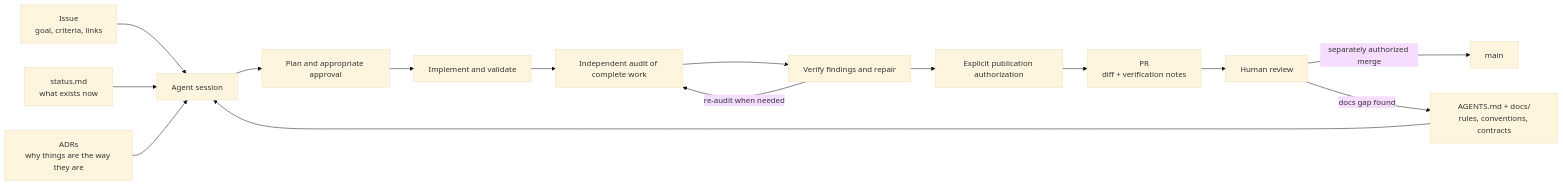
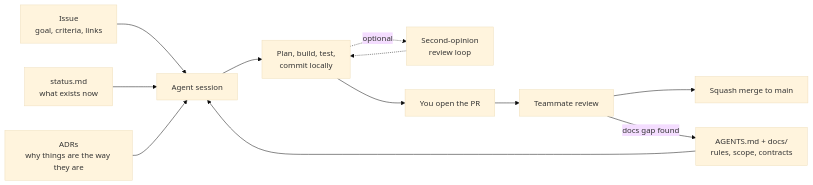
The diagram in docs/agents/README.md (adillpickles/AutoClipper), drawn with Mermaid (base theme) before and after one commit. The commit also changed other lines of this file and 15 other files, not shown here.

Commit message:
docs(workflow): simplify contributing and make review loop optional

````diff
--- a/docs/agents/README.md
+++ b/docs/agents/README.md
@@ -17,17 +18,14 @@
 ```mermaid
 flowchart LR
     I[Issue<br/>goal, criteria, links] --> A[Agent session]
-    D[AGENTS.md + docs/<br/>rules, conventions, contracts] --> A
+    D[AGENTS.md + docs/<br/>rules, scope, contracts] --> A
     S[status.md<br/>what exists now] --> A
     ADR[ADRs<br/>why things are the way they are] --> A
-    A --> PLAN[Plan and appropriate approval]
-    PLAN --> WORK[Implement and validate]
-    WORK --> AUDIT[Independent audit of complete work]
-    AUDIT --> FIX[Verify findings and repair]
-    FIX -->|re-audit when needed| AUDIT
-    FIX --> AUTH[Explicit publication authorization]
-    AUTH --> PR[PR<br/>diff + verification notes]
-    PR --> R[Human review]
-    R -->|separately authorized merge| M[main]
+    A --> W[Plan, build, test,<br/>commit locally]
+    W -.->|optional| RL[Second-opinion<br/>review loop]
+    RL -.-> W
+    W --> PR[You open the PR]
+    PR --> R[Teammate review]
+    R --> M[Squash merge to main]
     R -->|"docs gap found"| D
 ```
````
